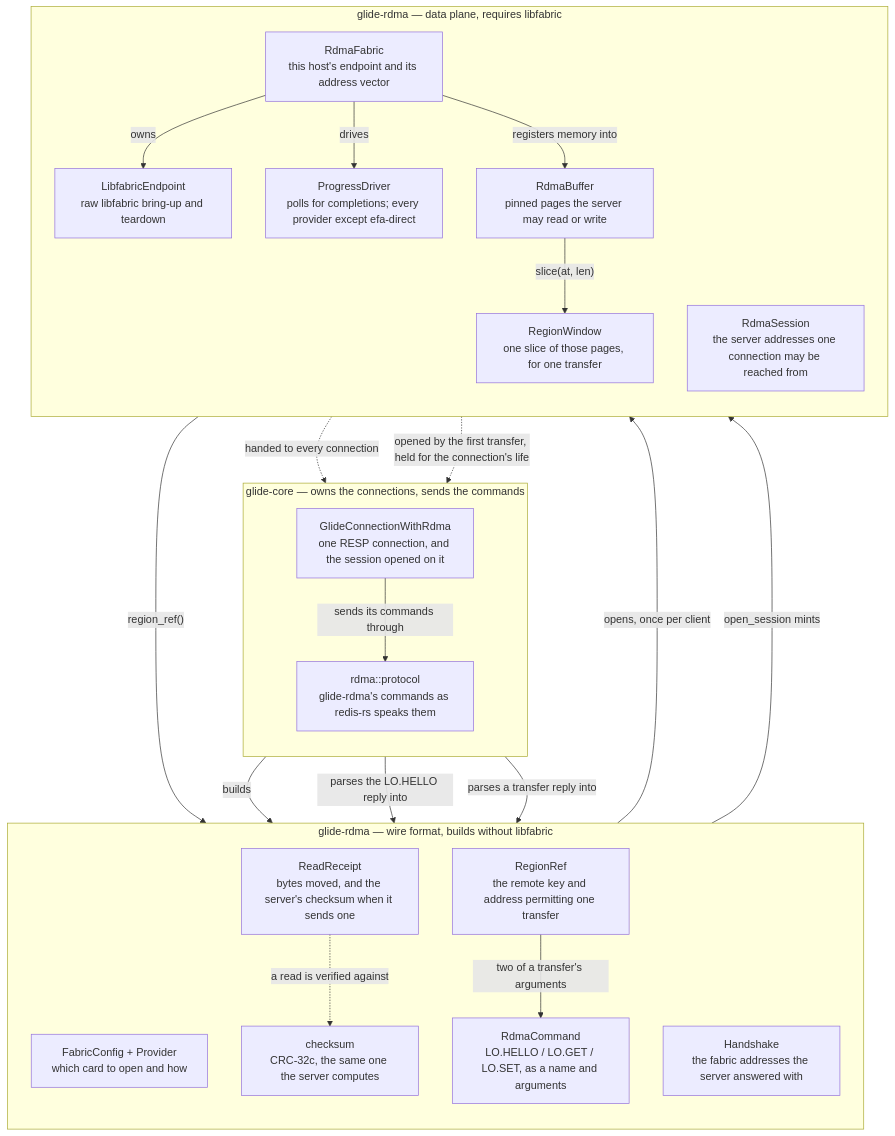
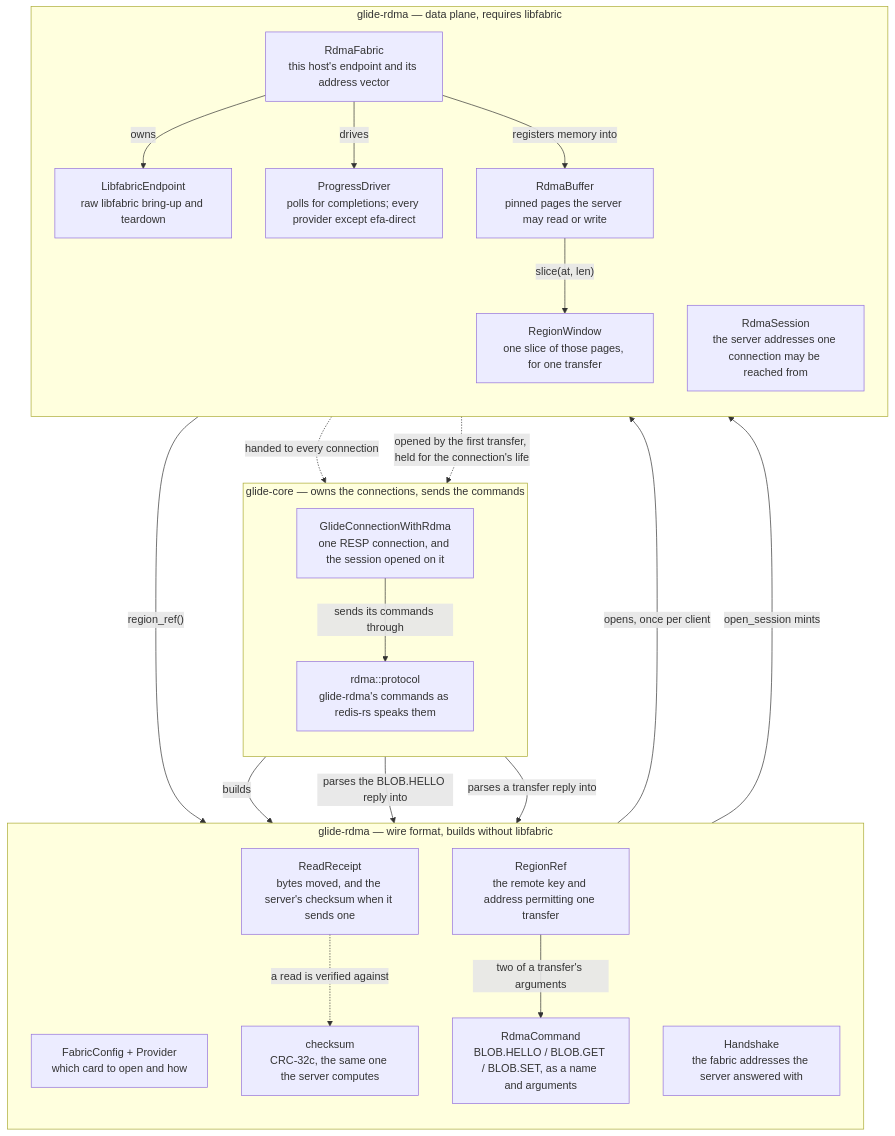
The diagram in docs/RDMA_CLIENT_INTEGRATIONS_DESIGN.md (neerajr0/valkey-large-object), drawn with Mermaid before and after one commit. The commit also changed other lines of this file and 22 other files, not shown here.

First line of the commit message:
Adding Keyspace notifications for set and update. Renaming LO to BLOB (#108)

````diff
--- a/docs/RDMA_CLIENT_INTEGRATIONS_DESIGN.md
+++ b/docs/RDMA_CLIENT_INTEGRATIONS_DESIGN.md
@@ -103,45 +103,45 @@
     ```mermaid
     flowchart TB
       subgraph GCORE["glide-core — owns the connections, sends the commands"]
         direction TB
         CONN["GlideConnectionWithRdma<br/>one RESP connection, and the session opened on it"]
         PROTO["rdma::protocol<br/>glide-rdma's commands as redis-rs speaks them"]
       end
 
       subgraph WIRE["glide-rdma — wire format, builds without libfabric"]
         direction TB
         FC["FabricConfig + Provider<br/>which card to open and how"]
-        CMD["RdmaCommand<br/>LO.HELLO / LO.GET / LO.SET, as a name and arguments"]
+        CMD["RdmaCommand<br/>BLOB.HELLO / BLOB.GET / BLOB.SET, as a name and arguments"]
         ADV["RegionRef<br/>the remote key and address permitting one transfer"]
         HS["Handshake<br/>the fabric addresses the server answered with"]
         RCPT["ReadReceipt<br/>bytes moved, and the server's checksum when it sends one"]
         CK["checksum<br/>CRC-32c, the same one the server computes"]
       end
 
       subgraph DP["glide-rdma — data plane, requires libfabric"]
         direction TB
         FAB["RdmaFabric<br/>this host's endpoint and its address vector"]
         SESS["RdmaSession<br/>the server addresses one connection may be reached from"]
         BUF["RdmaBuffer<br/>pinned pages the server may read or write"]
         WIN["RegionWindow<br/>one slice of those pages, for one transfer"]
         EP["LibfabricEndpoint<br/>raw libfabric bring-up and teardown"]
         PROG["ProgressDriver<br/>polls for completions; every provider except efa-direct"]
       end
 
       CONN -->|"sends its commands through"| PROTO
       PROTO -->|builds| CMD
-      PROTO -->|"parses the LO.HELLO reply into"| HS
+      PROTO -->|"parses the BLOB.HELLO reply into"| HS
       PROTO -->|"parses a transfer reply into"| RCPT
       RCPT -.->|"a read is verified against"| CK
 
       FC -->|"opens, once per client"| FAB
       FAB -.->|"handed to every connection"| CONN
       FAB -->|owns| EP
       FAB -->|drives| PROG
       FAB -->|"registers memory into"| BUF
       BUF -->|"slice(at, len)"| WIN
       WIN -->|"region_ref()"| ADV
       ADV -->|"two of a transfer's arguments"| CMD
       HS -->|"open_session mints"| SESS
       SESS -.->|"opened by the first transfer, held for the connection's life"| CONN
     ```
````
